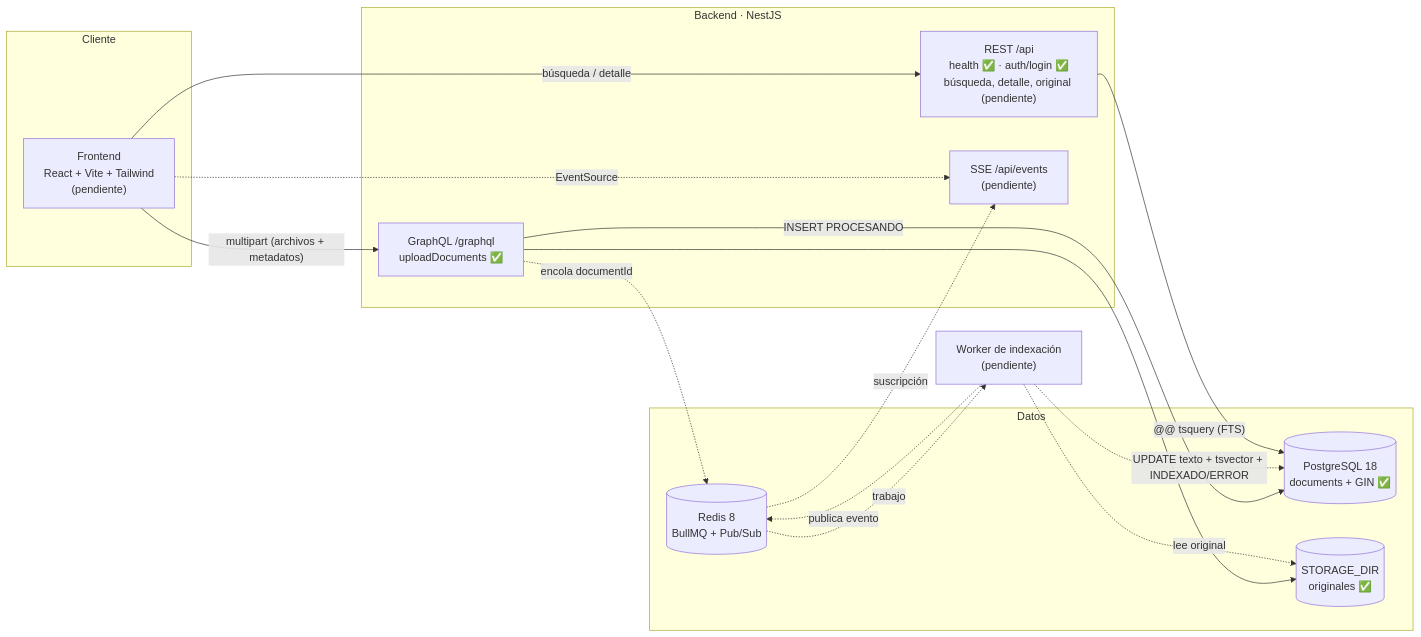
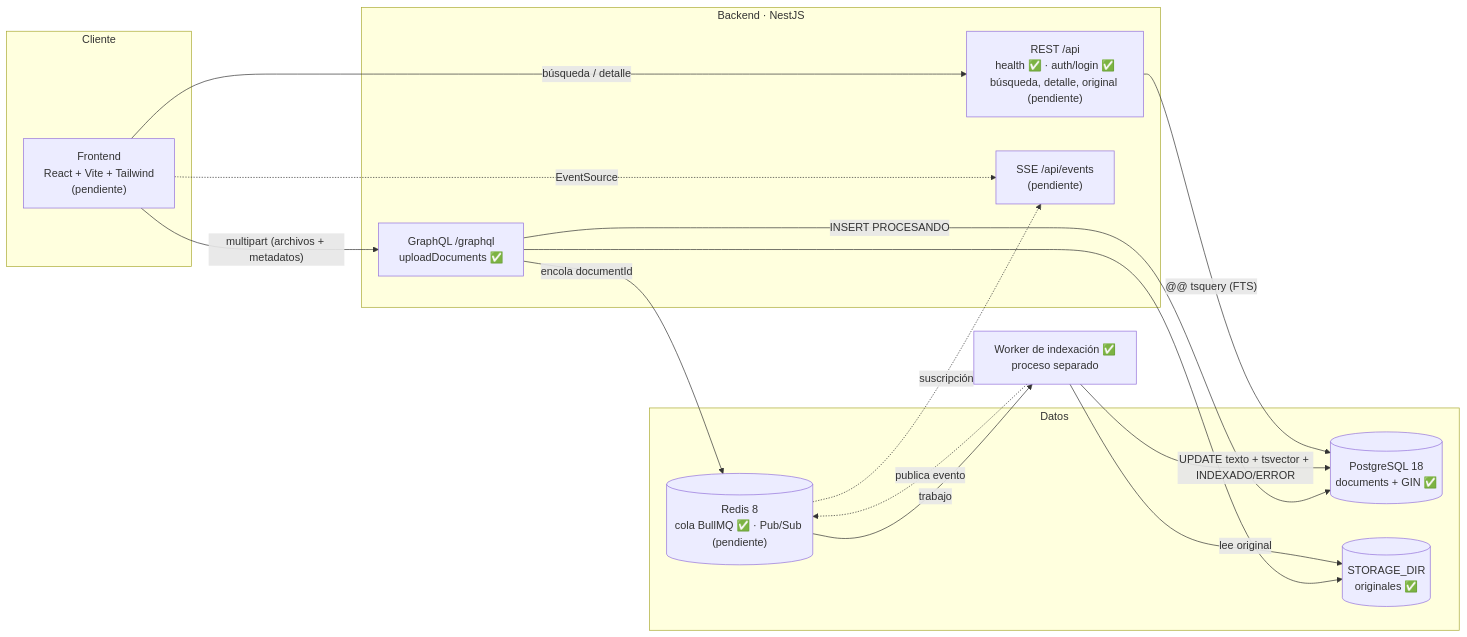
Before and after one commit to camilollamas/pt_documental: the diagram in docs/architecture.md, drawn with Mermaid. The commit also changed other lines of this file and 21 other files, not shown here.

First line of the commit message:
feat(indexing): cola BullMQ y worker de extracción e indexación full-text

````diff
--- a/docs/architecture.md
+++ b/docs/architecture.md
@@ -7,33 +7,33 @@
 ```mermaid
 flowchart LR
     subgraph Cliente
         UI["Frontend<br/>React + Vite + Tailwind<br/>(pendiente)"]
     end
 
     subgraph API["Backend · NestJS"]
         GQL["GraphQL /graphql<br/>uploadDocuments ✅"]
         REST["REST /api<br/>health ✅ · auth/login ✅<br/>búsqueda, detalle, original (pendiente)"]
         SSE["SSE /api/events<br/>(pendiente)"]
     end
 
     subgraph Datos
         PG[("PostgreSQL 18<br/>documents + GIN ✅")]
         FS[("STORAGE_DIR<br/>originales ✅")]
-        RQ[("Redis 8<br/>BullMQ + Pub/Sub")]
+        RQ[("Redis 8<br/>cola BullMQ ✅ · Pub/Sub (pendiente)")]
     end
 
-    W["Worker de indexación<br/>(pendiente)"]
+    W["Worker de indexación ✅<br/>proceso separado"]
 
     UI -- "multipart (archivos + metadatos)" --> GQL
     UI -- "búsqueda / detalle" --> REST
     UI -. "EventSource" .-> SSE
     GQL --> FS
     GQL -- "INSERT PROCESANDO" --> PG
-    GQL -. "encola documentId" .-> RQ
-    RQ -. "trabajo" .-> W
-    W -. "lee original" .-> FS
-    W -. "UPDATE texto + tsvector + INDEXADO/ERROR" .-> PG
+    GQL -- "encola documentId" --> RQ
+    RQ -- "trabajo" --> W
+    W -- "lee original" --> FS
+    W -- "UPDATE texto + tsvector + INDEXADO/ERROR" --> PG
     W -. "publica evento" .-> RQ
     RQ -. "suscripción" .-> SSE
     REST -- "@@ tsquery (FTS)" --> PG
 ```
````
